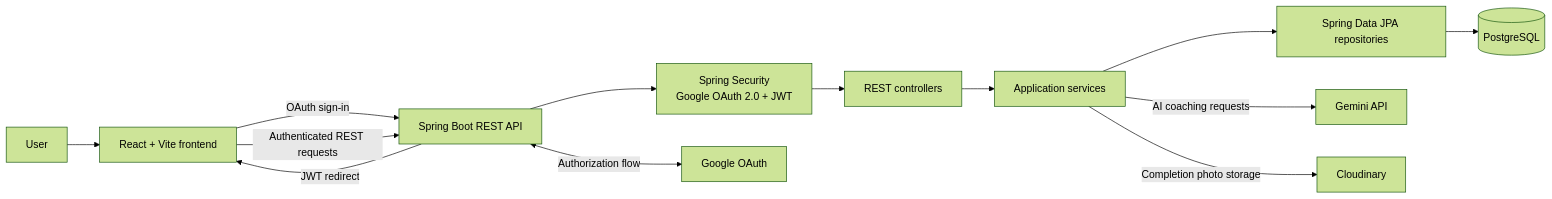
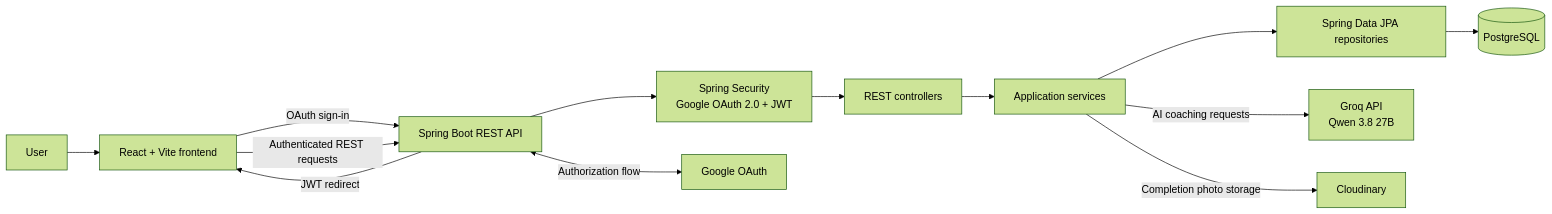
One commit to faizrahmang/FocusFlow changed the diagram in ARCHITECTURE.md. Above: the diagram before and after it, drawn with Mermaid (forest theme). The commit also changed other lines of this file and 3 other files, not shown here.

First line of the commit message:
Switch chatbot to Groq Qwen

````diff
--- a/ARCHITECTURE.md
+++ b/ARCHITECTURE.md
@@ -3,27 +3,27 @@
 ```mermaid
 flowchart LR
     User[User]
     Browser[React + Vite frontend]
     Api[Spring Boot REST API]
     Security[Spring Security<br/>Google OAuth 2.0 + JWT]
     Controllers[REST controllers]
     Services[Application services]
     Repositories[Spring Data JPA repositories]
     Database[(PostgreSQL)]
     Google[Google OAuth]
-    Gemini[Gemini API]
+    Groq[Groq API<br/>Qwen 3.8 27B]
     Cloudinary[Cloudinary]
 
     User --> Browser
     Browser -->|OAuth sign-in| Api
     Api <-->|Authorization flow| Google
     Api -->|JWT redirect| Browser
     Browser -->|Authenticated REST requests| Api
     Api --> Security
     Security --> Controllers
     Controllers --> Services
     Services --> Repositories
     Repositories --> Database
-    Services -->|AI coaching requests| Gemini
+    Services -->|AI coaching requests| Groq
     Services -->|Completion photo storage| Cloudinary
 ```
````
